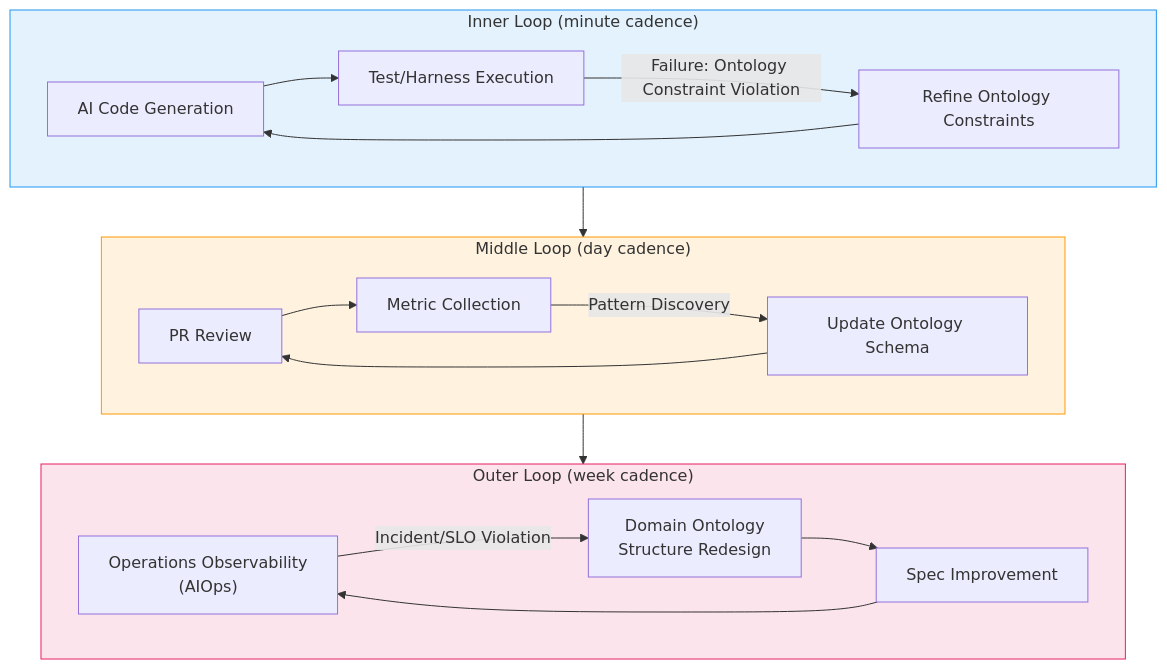
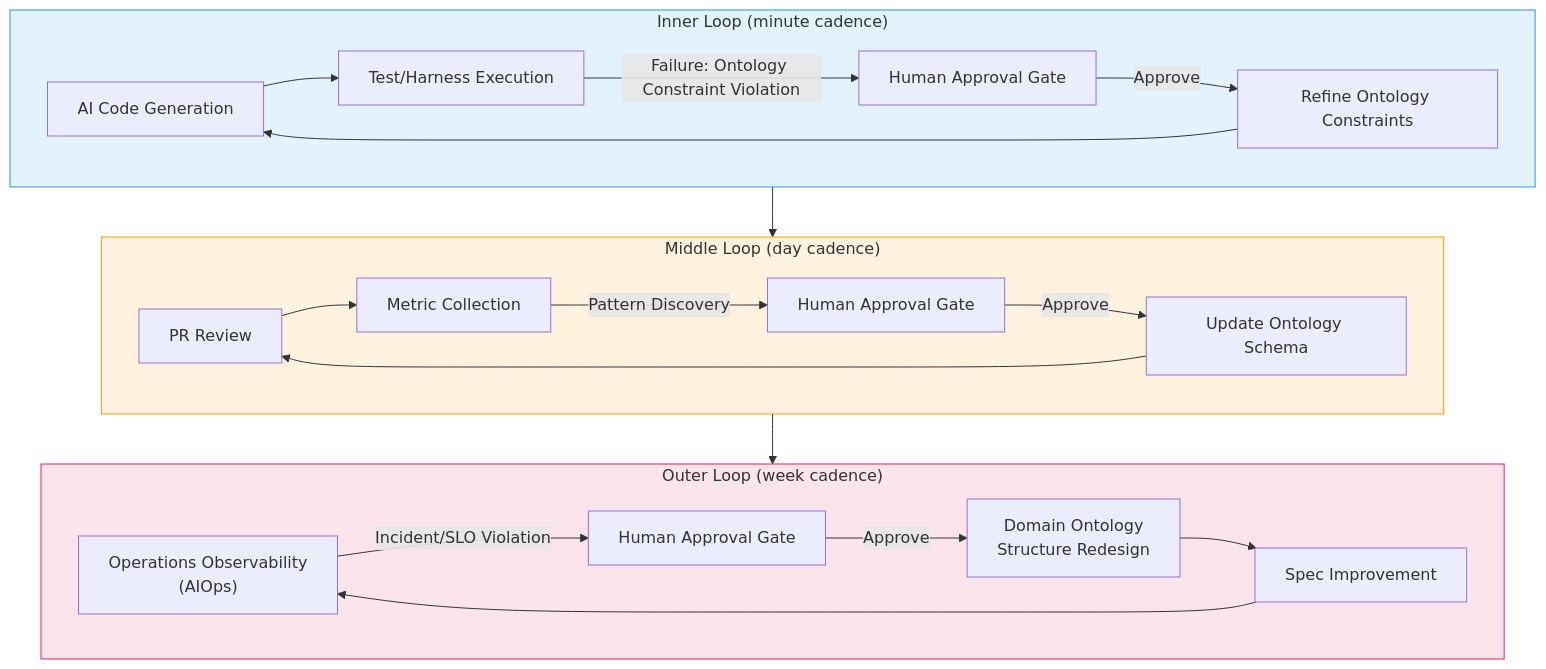
One commit to devfloor9/engineering-playbook changed the first of 5 diagrams in docs/aidlc/methodology/ontology-engineering.md. Above: the diagram before and after it, drawn with Mermaid. The commit also changed other lines of this file and 5 other files, not shown here.

````diff
--- a/docs/aidlc/methodology/ontology-engineering.md
+++ b/docs/aidlc/methodology/ontology-engineering.md
@@ -196,27 +204,30 @@
 ```mermaid
 graph TD
     subgraph Inner["Inner Loop (minute cadence)"]
         GEN["AI Code Generation"] --> TEST["Test/Harness Execution"]
-        TEST -->|"Failure: Ontology Constraint Violation"| REFINE["Refine Ontology Constraints"]
+        TEST -->|"Failure: Ontology Constraint Violation"| IREV["Human Approval Gate"]
+        IREV -->|"Approve"| REFINE["Refine Ontology Constraints"]
         REFINE --> GEN
     end
 
     subgraph Middle["Middle Loop (day cadence)"]
         PR["PR Review"] --> METRIC["Metric Collection"]
-        METRIC -->|"Pattern Discovery"| SCHEMA["Update Ontology Schema"]
+        METRIC -->|"Pattern Discovery"| MREV["Human Approval Gate"]
+        MREV -->|"Approve"| SCHEMA["Update Ontology Schema"]
         SCHEMA --> PR
     end
 
     subgraph Outer["Outer Loop (week cadence)"]
-        OBS["Operations Observability<br/>(AIOps)"] -->|"Incident/SLO Violation"| REDESIGN["Domain Ontology<br/>Structure Redesign"]
+        OBS["Operations Observability<br/>(AIOps)"] -->|"Incident/SLO Violation"| OREV["Human Approval Gate"]
+        OREV -->|"Approve"| REDESIGN["Domain Ontology<br/>Structure Redesign"]
         REDESIGN --> SPEC["Spec Improvement"]
         SPEC --> OBS
     end
 
     Inner --> Middle
     Middle --> Outer
 
     style Inner fill:#e3f2fd,stroke:#2196f3
     style Middle fill:#fff3e0,stroke:#ff9800
     style Outer fill:#fce4ec,stroke:#e91e63
 ```
````
